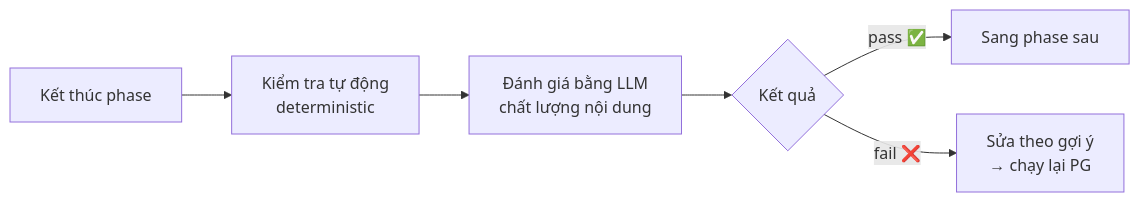
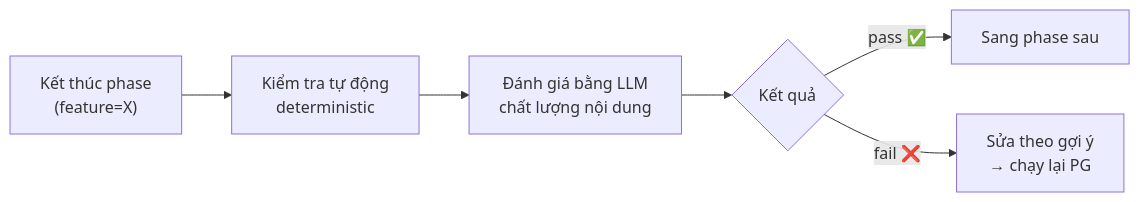
One commit to hanh9898/waterfall-bmad-method changed the second of 7 diagrams in docs/vi/explanation/concepts.md. Above: the diagram before and after it, drawn with Mermaid. The commit also changed other lines of this file and 29 other files, not shown here.

````diff
--- a/docs/vi/explanation/concepts.md
+++ b/docs/vi/explanation/concepts.md
@@ -46,8 +81,8 @@
 ```mermaid
 flowchart LR
-    A[Kết thúc phase] --> B[Kiểm tra tự động<br/>deterministic]
+    A["Kết thúc phase<br/>(feature=X)"] --> B[Kiểm tra tự động<br/>deterministic]
     B --> C[Đánh giá bằng LLM<br/>chất lượng nội dung]
     C --> D{Kết quả}
     D -->|pass ✅| E[Sang phase sau]
     D -->|fail ❌| F[Sửa theo gợi ý<br/>→ chạy lại PG]
 ```
````
